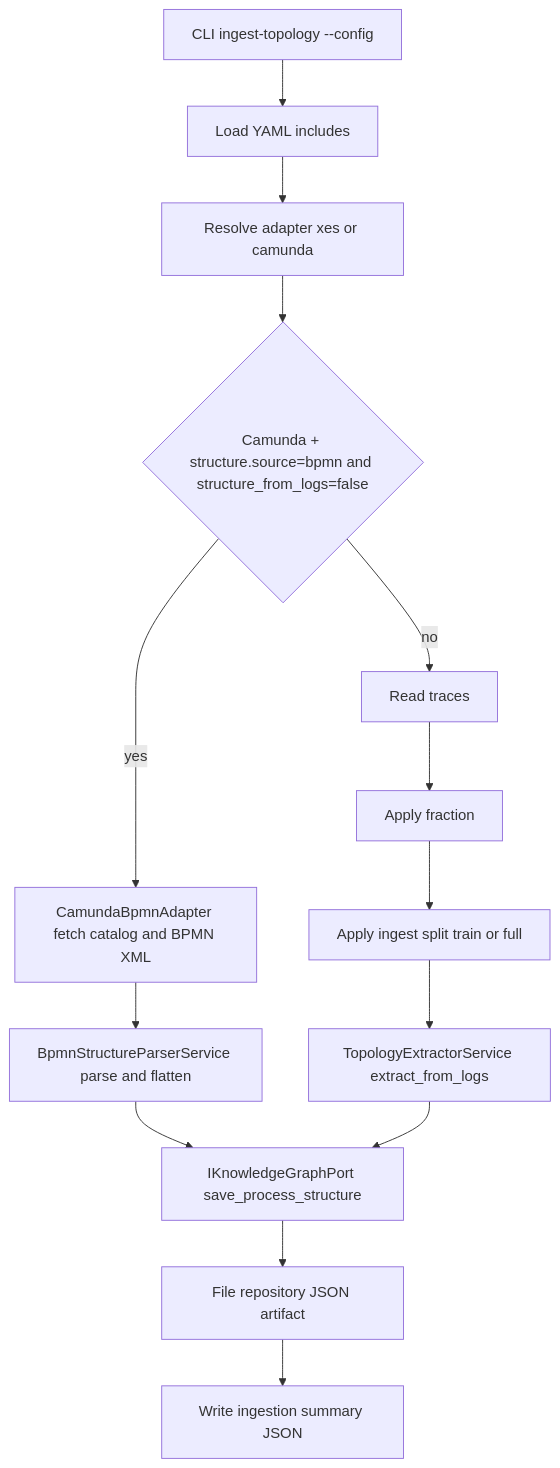
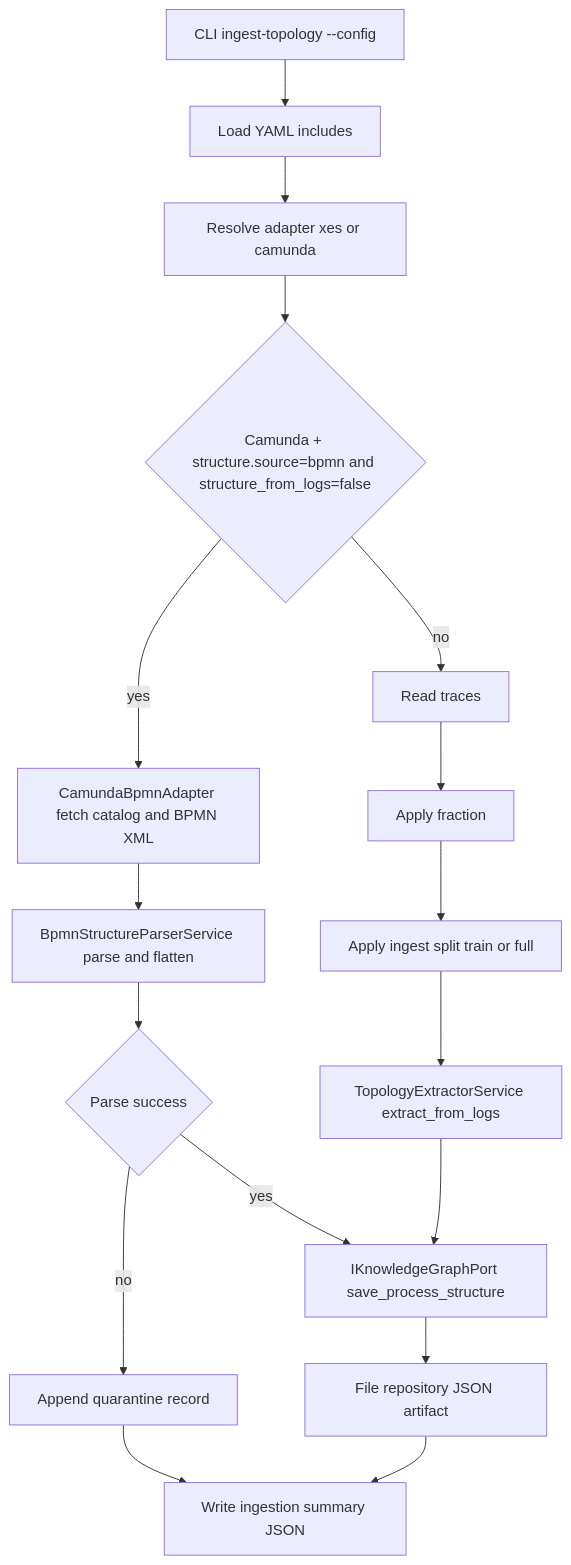
The first of 4 diagrams in docs/DATA_FLOWS_MVP2_5.MD (ghsrg/bpm_prediction), drawn with Mermaid before and after one commit. The commit also changed other lines of this file and 18 other files, not shown here.

````diff
--- a/docs/DATA_FLOWS_MVP2_5.MD
+++ b/docs/DATA_FLOWS_MVP2_5.MD
@@ -12,16 +12,19 @@
 ```mermaid
 flowchart TD
     C1[CLI ingest-topology --config] --> L1[Load YAML includes]
     L1 --> A1[Resolve adapter xes or camunda]
     A1 --> D1{Camunda + structure.source=bpmn and structure_from_logs=false}
     D1 -->|yes| B1A[CamundaBpmnAdapter fetch catalog and BPMN XML]
     B1A --> B1B[BpmnStructureParserService parse and flatten]
-    B1B --> P1[IKnowledgeGraphPort save_process_structure]
+    B1B --> Q1{Parse success}
+    Q1 -->|yes| P1[IKnowledgeGraphPort save_process_structure]
+    Q1 -->|no| Q2[Append quarantine record]
     D1 -->|no| R1[Read traces]
     R1 --> F1[Apply fraction]
     F1 --> S1[Apply ingest split train or full]
     S1 --> T1[TopologyExtractorService extract_from_logs]
     T1 --> P1
     P1 --> B1[File repository JSON artifact]
-    B1 --> O1[Write ingestion summary JSON]
+    Q2 --> O1[Write ingestion summary JSON]
+    B1 --> O1
 ```
````
